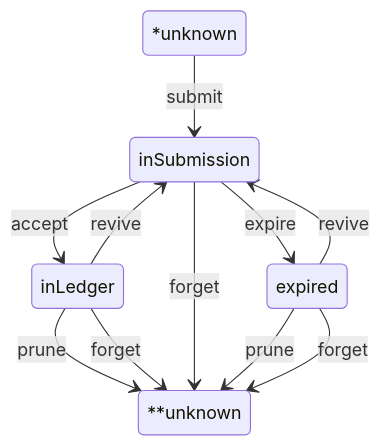
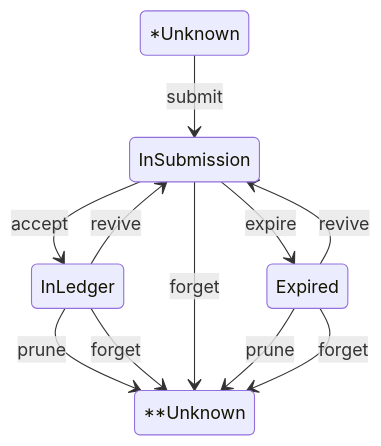
The first of 2 diagrams in specifications/Cardano/Wallet/Submissions/design.md (cardano-foundation/cardano-wallet), drawn with Mermaid before and after one commit. The commit also changed other lines of this file, not shown here.

````diff
--- a/specifications/Cardano/Wallet/Submissions/design.md
+++ b/specifications/Cardano/Wallet/Submissions/design.md
@@ -45,13 +52,13 @@
 ```mermaid
 stateDiagram-v2
-    *unknown --> inSubmission : submit
-    inLedger --> **unknown : prune
-    inLedger --> **unknown : forget
-    inLedger --> inSubmission : revive
-    inSubmission --> inLedger : accept
-    inSubmission --> expired : expire
-    inSubmission --> **unknown : forget
-    expired --> inSubmission : revive
-    expired --> **unknown : prune
-    expired --> **unknown : forget 
+    *Unknown --> InSubmission : submit
+    InLedger --> **Unknown : prune
+    InLedger --> **Unknown : forget
+    InLedger --> InSubmission : revive
+    InSubmission --> InLedger : accept
+    InSubmission --> Expired : expire
+    InSubmission --> **Unknown : forget
+    Expired --> InSubmission : revive
+    Expired --> **Unknown : prune
+    Expired --> **Unknown : forget 
 ```
````
